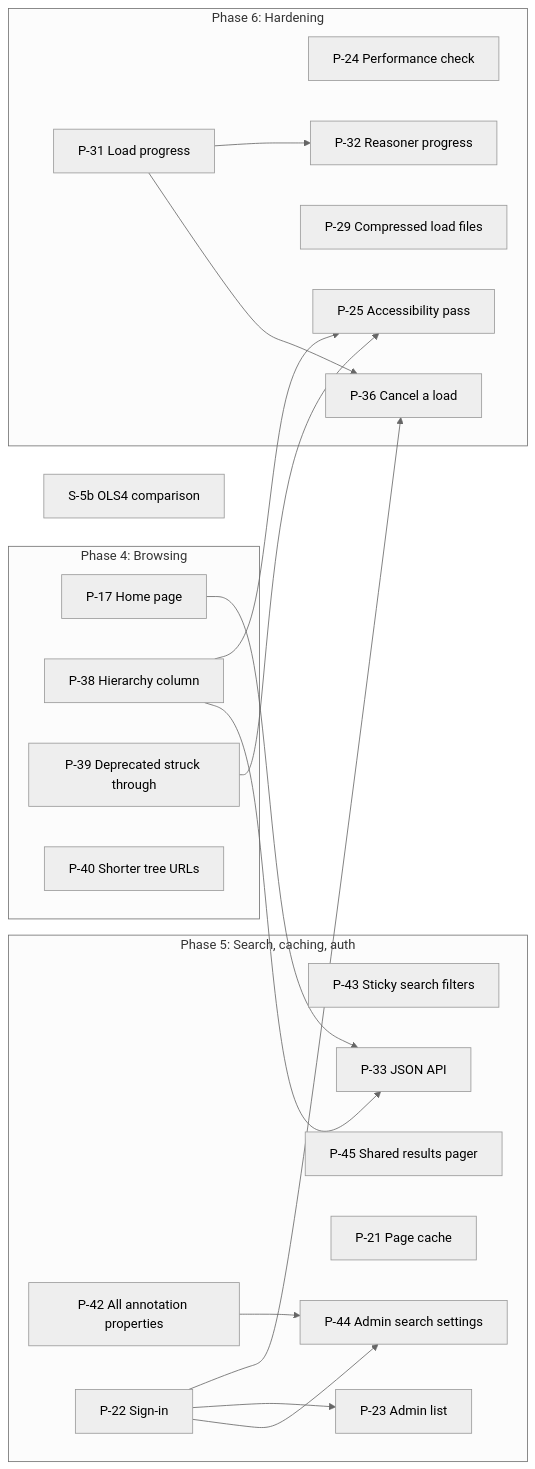
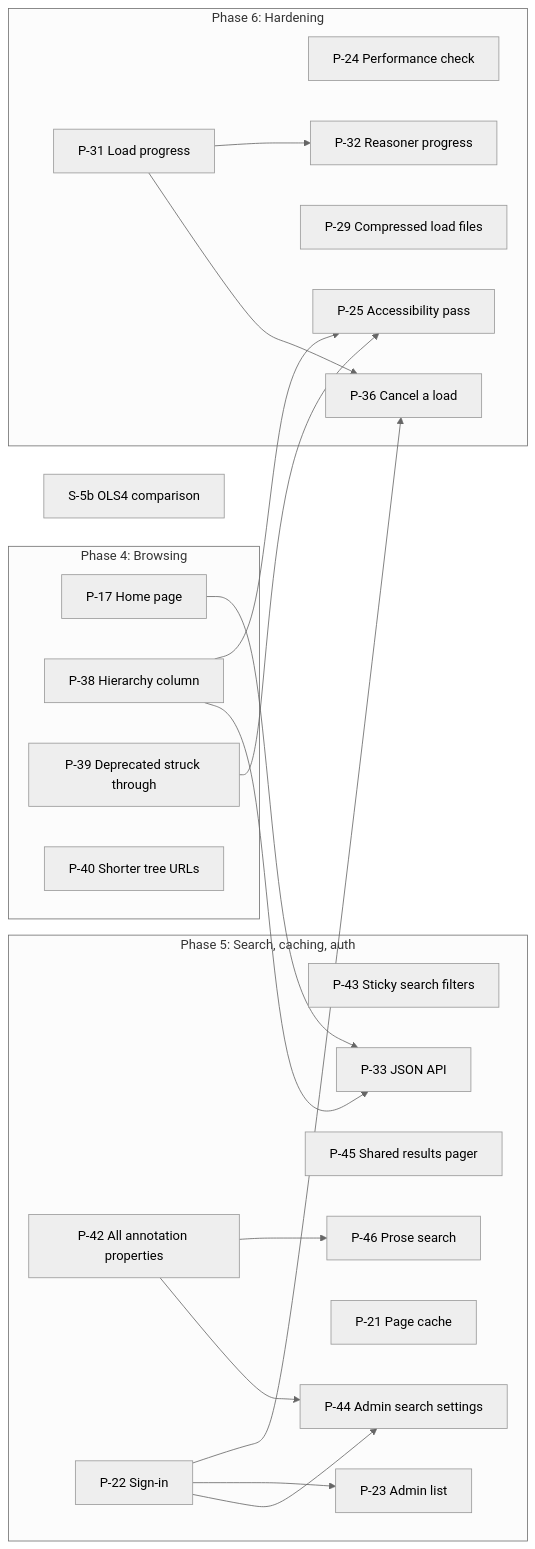
The diagram in docs/DESIGN.md (jclerman/browl), drawn with Mermaid (neutral theme) before and after one commit. The commit also changed other lines of this file and 4 other files, not shown here.

First line of the commit message:
P-42: measure wider search; split names from prose

````diff
--- a/docs/DESIGN.md
+++ b/docs/DESIGN.md
@@ -1821,35 +1856,37 @@
 ```mermaid
 flowchart LR
     subgraph P4["Phase 4: Browsing"]
         P17["P-17 Home page"]
         P38["P-38 Hierarchy column"]
         P39["P-39 Deprecated struck through"]
         P40["P-40 Shorter tree URLs"]
     end
     subgraph P5["Phase 5: Search, caching, auth"]
         P42["P-42 All annotation properties"]
         P43["P-43 Sticky search filters"]
         P44["P-44 Admin search settings"]
         P45["P-45 Shared results pager"]
+        P46["P-46 Prose search"]
         P21["P-21 Page cache"]
         P22["P-22 Sign-in"]
         P23["P-23 Admin list"]
         P33["P-33 JSON API"]
     end
     subgraph P6["Phase 6: Hardening"]
         P24["P-24 Performance check"]
         P25["P-25 Accessibility pass"]
         P29["P-29 Compressed load files"]
         P31["P-31 Load progress"]
         P32["P-32 Reasoner progress"]
         P36["P-36 Cancel a load"]
     end
     S5b["S-5b OLS4 comparison"]
 
     P17 & P38 --> P33
     P38 & P39 --> P25
     P22 & P42 --> P44
+    P42 --> P46
     P22 --> P23
     P22 & P31 --> P36
     P31 --> P32
 ```
````
